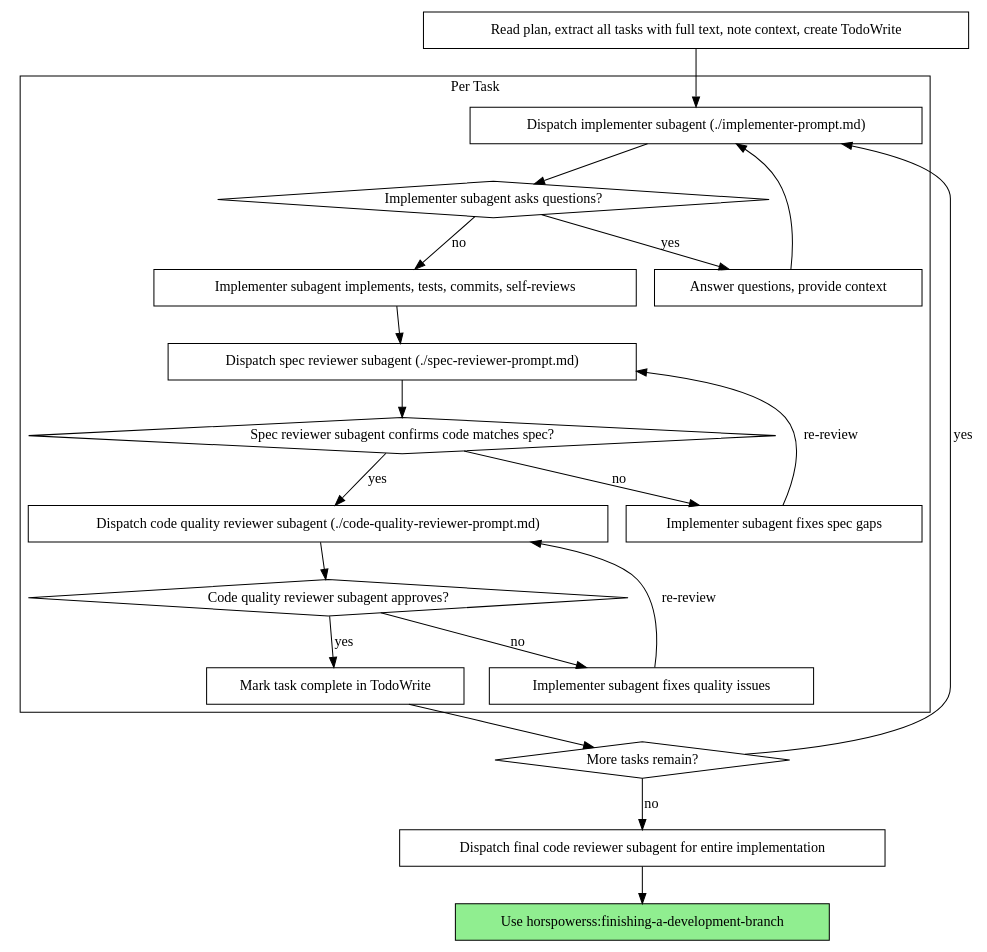
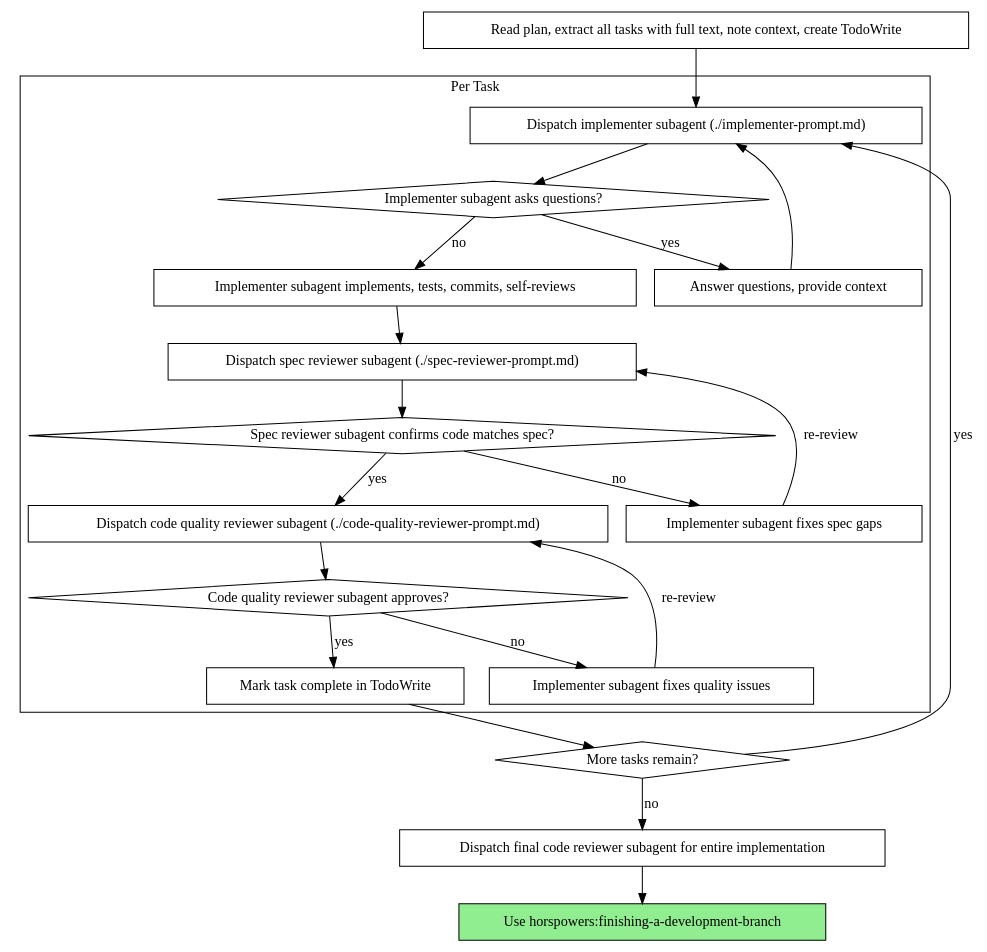
The second of 2 diagrams in skills/subagent-driven-development/SKILL.md (obra/superpowers), drawn with Graphviz before and after one commit. The commit also changed 22 other files, not shown here.

````diff
--- a/skills/subagent-driven-development/SKILL.md
+++ b/skills/subagent-driven-development/SKILL.md
@@ -42,44 +42,44 @@
 ```dot
 digraph process {
     rankdir=TB;
 
     subgraph cluster_per_task {
         label="Per Task";
         "Dispatch implementer subagent (./implementer-prompt.md)" [shape=box];
         "Implementer subagent asks questions?" [shape=diamond];
         "Answer questions, provide context" [shape=box];
         "Implementer subagent implements, tests, commits, self-reviews" [shape=box];
         "Dispatch spec reviewer subagent (./spec-reviewer-prompt.md)" [shape=box];
         "Spec reviewer subagent confirms code matches spec?" [shape=diamond];
         "Implementer subagent fixes spec gaps" [shape=box];
         "Dispatch code quality reviewer subagent (./code-quality-reviewer-prompt.md)" [shape=box];
         "Code quality reviewer subagent approves?" [shape=diamond];
         "Implementer subagent fixes quality issues" [shape=box];
         "Mark task complete in TodoWrite" [shape=box];
     }
 
     "Read plan, extract all tasks with full text, note context, create TodoWrite" [shape=box];
     "More tasks remain?" [shape=diamond];
     "Dispatch final code reviewer subagent for entire implementation" [shape=box];
-    "Use horspowerss:finishing-a-development-branch" [shape=box style=filled fillcolor=lightgreen];
+    "Use horspowers:finishing-a-development-branch" [shape=box style=filled fillcolor=lightgreen];
 
     "Read plan, extract all tasks with full text, note context, create TodoWrite" -> "Dispatch implementer subagent (./implementer-prompt.md)";
     "Dispatch implementer subagent (./implementer-prompt.md)" -> "Implementer subagent asks questions?";
     "Implementer subagent asks questions?" -> "Answer questions, provide context" [label="yes"];
     "Answer questions, provide context" -> "Dispatch implementer subagent (./implementer-prompt.md)";
     "Implementer subagent asks questions?" -> "Implementer subagent implements, tests, commits, self-reviews" [label="no"];
     "Implementer subagent implements, tests, commits, self-reviews" -> "Dispatch spec reviewer subagent (./spec-reviewer-prompt.md)";
     "Dispatch spec reviewer subagent (./spec-reviewer-prompt.md)" -> "Spec reviewer subagent confirms code matches spec?";
     "Spec reviewer subagent confirms code matches spec?" -> "Implementer subagent fixes spec gaps" [label="no"];
     "Implementer subagent fixes spec gaps" -> "Dispatch spec reviewer subagent (./spec-reviewer-prompt.md)" [label="re-review"];
     "Spec reviewer subagent confirms code matches spec?" -> "Dispatch code quality reviewer subagent (./code-quality-reviewer-prompt.md)" [label="yes"];
     "Dispatch code quality reviewer subagent (./code-quality-reviewer-prompt.md)" -> "Code quality reviewer subagent approves?";
     "Code quality reviewer subagent approves?" -> "Implementer subagent fixes quality issues" [label="no"];
     "Implementer subagent fixes quality issues" -> "Dispatch code quality reviewer subagent (./code-quality-reviewer-prompt.md)" [label="re-review"];
     "Code quality reviewer subagent approves?" -> "Mark task complete in TodoWrite" [label="yes"];
     "Mark task complete in TodoWrite" -> "More tasks remain?";
     "More tasks remain?" -> "Dispatch implementer subagent (./implementer-prompt.md)" [label="yes"];
     "More tasks remain?" -> "Dispatch final code reviewer subagent for entire implementation" [label="no"];
-    "Dispatch final code reviewer subagent for entire implementation" -> "Use horspowerss:finishing-a-development-branch";
+    "Dispatch final code reviewer subagent for entire implementation" -> "Use horspowers:finishing-a-development-branch";
 }
 ```
````
